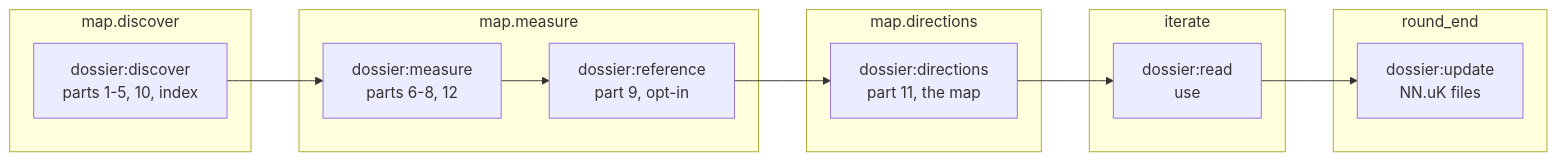
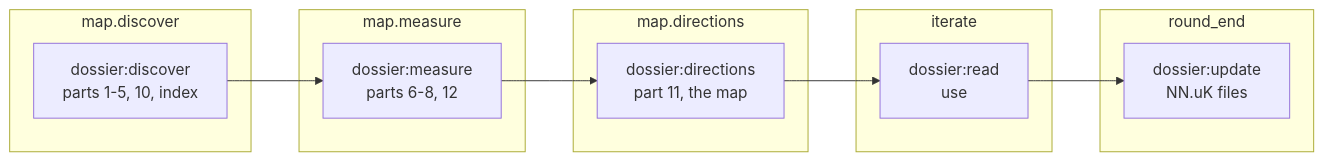
One commit to AMD-AGI/Hyperloom changed the second of 4 diagrams in src/hyperloom_arbor/docs/skill-integration.md. Above: the diagram before and after it, drawn with Mermaid. The commit also changed other lines of this file and 94 other files, not shown here.

````diff
--- a/src/hyperloom_arbor/docs/skill-integration.md
+++ b/src/hyperloom_arbor/docs/skill-integration.md
@@ -75,22 +75,22 @@
 ```mermaid
 flowchart LR
   subgraph discover ["map.discover"]
     DI["dossier:discover<br/>parts 1-5, 10, index"]
   end
   subgraph measure ["map.measure"]
-    ME["dossier:measure<br/>parts 6-8, 12"] --> RE["dossier:reference<br/>part 9, opt-in"]
+    ME["dossier:measure<br/>parts 6-8, 12"]
   end
   subgraph directions ["map.directions"]
     DR["dossier:directions<br/>part 11, the map"]
   end
   subgraph iterating ["iterate"]
     RD["dossier:read<br/>use"]
   end
   subgraph roundend ["round_end"]
     UP["dossier:update<br/>NN.uK files"]
   end
   DI --> ME
-  RE --> DR
+  ME --> DR
   DR --> RD
   RD --> UP
 ```
````
